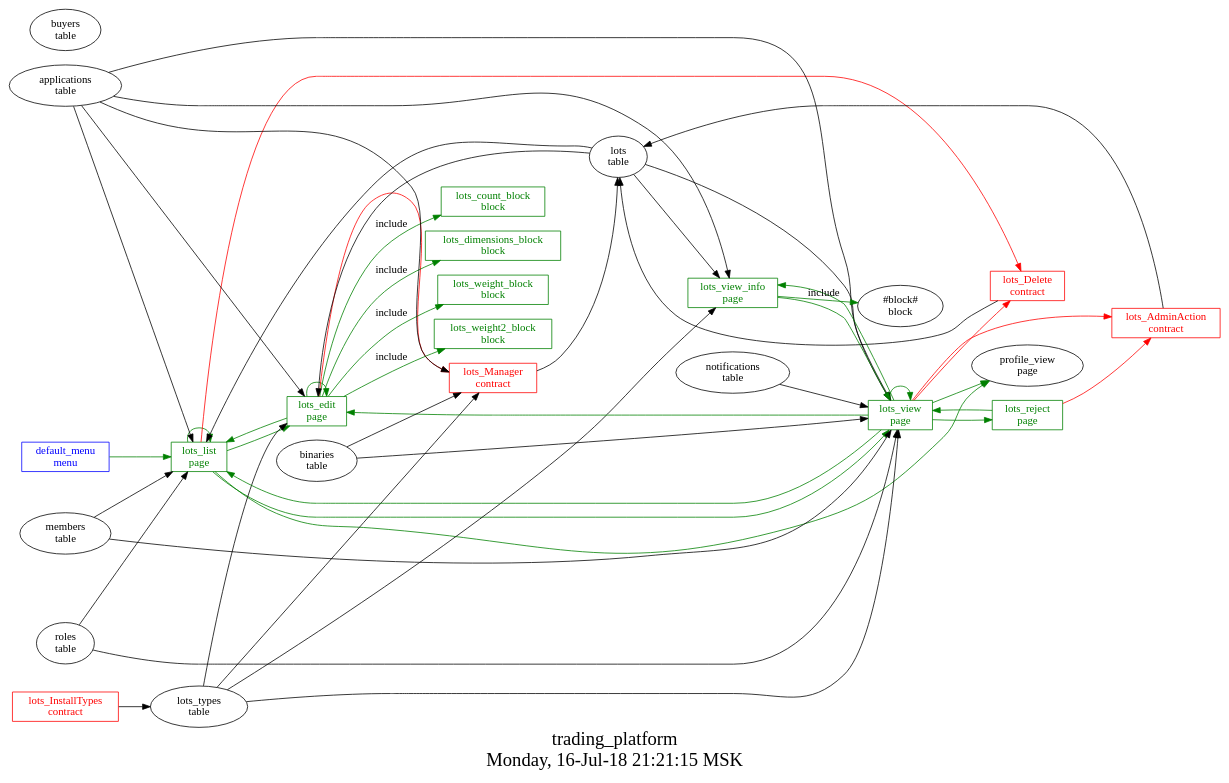
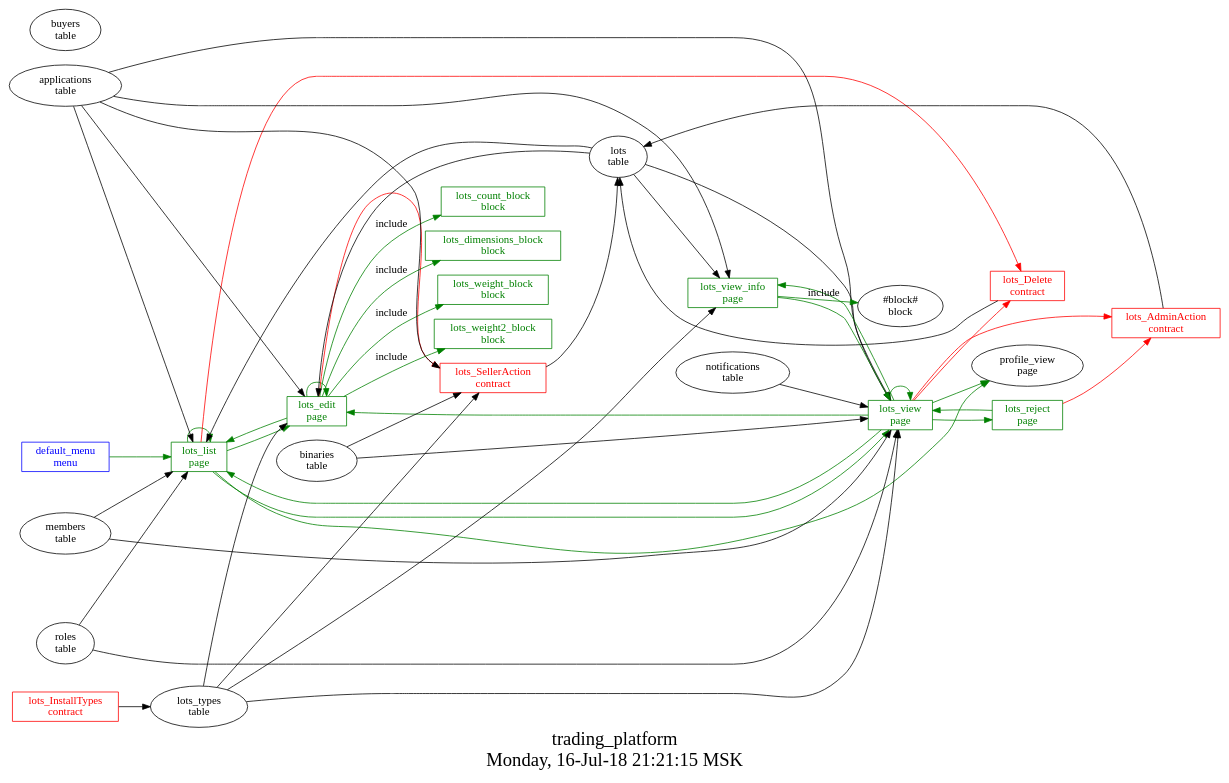
Before and after one commit to AplaProject/apps: the diagram in src/trading_platform/struct.dot, drawn with Graphviz. The commit also changed 10 other files, not shown here.

```diff
--- a/src/trading_platform/struct.dot
+++ b/src/trading_platform/struct.dot
@@ -1,76 +1,76 @@
 digraph G {
 graph [
   fontsize="24";
   label="trading_platform\nMonday, 16-Jul-18 21:21:15 MSK";
   nojustify=true;
   ordering=out;
   rankdir=LR;
   size="30";
 ];
 "default_menu\nmenu" -> "lots_list\npage"  [ color=green ]
 "default_menu\nmenu" [color=blue, fontcolor=blue, group=menus, shape=record];
-"lots_edit\npage" -> "lots_Manager\ncontract"  [ color=red ]
+"lots_edit\npage" -> "lots_SellerAction\ncontract"  [ color=red ]
 "applications\ntable" -> "lots_edit\npage"
 "lots\ntable" -> "lots_edit\npage"
 "lots_types\ntable" -> "lots_edit\npage"
 "lots_edit\npage" -> "lots_list\npage"  [ color=green ]
 "lots_edit\npage" -> "lots_edit\npage"  [ color=green ]
 "lots_edit\npage" -> "lots_count_block\nblock"  [ color=green, label=include ]
 "lots_edit\npage" -> "lots_dimensions_block\nblock"  [ color=green, label=include ]
 "lots_edit\npage" -> "lots_weight_block\nblock"  [ color=green, label=include ]
 "lots_edit\npage" -> "lots_weight2_block\nblock"  [ color=green, label=include ]
 "lots_edit\npage" [color=green, fontcolor=green, group=pages, shape=record];
 "lots_list\npage" -> "lots_Delete\ncontract"  [ color=red ]
 "applications\ntable" -> "lots_list\npage"
 "roles\ntable" -> "lots_list\npage"
 "lots\ntable" -> "lots_list\npage"
 "members\ntable" -> "lots_list\npage"
 "lots_list\npage" -> "lots_edit\npage"  [ color=green ]
 "lots_list\npage" -> "lots_list\npage"  [ color=green ]
 "lots_list\npage" -> "lots_view\npage"  [ color=green ]
 "lots_list\npage" -> "profile_view\npage"  [ color=green ]
 "lots_list\npage" [color=green, fontcolor=green, group=pages, shape=record];
 "lots_reject\npage" -> "lots_AdminAction\ncontract"  [ color=red ]
 "lots_reject\npage" -> "lots_view\npage"  [ color=green ]
 "lots_reject\npage" [color=green, fontcolor=green, group=pages, shape=record];
 "lots_view\npage" -> "lots_AdminAction\ncontract"  [ color=red ]
 "lots_view\npage" -> "lots_Delete\ncontract"  [ color=red ]
 "notifications\ntable" -> "lots_view\npage"
 "applications\ntable" -> "lots_view\npage"
 "lots\ntable" -> "lots_view\npage"
 "lots_types\ntable" -> "lots_view\npage"
 "roles\ntable" -> "lots_view\npage"
 "members\ntable" -> "lots_view\npage"
 "binaries\ntable" -> "lots_view\npage"
 "lots_view\npage" -> "profile_view\npage"  [ color=green ]
 "lots_view\npage" -> "lots_reject\npage"  [ color=green ]
 "lots_view\npage" -> "lots_view\npage"  [ color=green ]
 "lots_view\npage" -> "lots_view_info\npage"  [ color=green ]
 "lots_view\npage" -> "lots_list\npage"  [ color=green ]
 "lots_view\npage" -> "lots_edit\npage"  [ color=green ]
 "lots_view\npage" [color=green, fontcolor=green, group=pages, shape=record];
 "applications\ntable" -> "lots_view_info\npage"
 "lots\ntable" -> "lots_view_info\npage"
 "lots_types\ntable" -> "lots_view_info\npage"
 "lots_view_info\npage" -> "lots_view\npage"  [ color=green ]
 "lots_view_info\npage" -> "#block#\nblock"  [ color=green, label=include ]
 "lots_view_info\npage" [color=green, fontcolor=green, group=pages, shape=record];
 "lots_count_block\nblock" [color=green, fontcolor=green, group=blocks, shape=record];
 "lots_dimensions_block\nblock" [color=green, fontcolor=green, group=blocks, shape=record];
 "lots_weight2_block\nblock" [color=green, fontcolor=green, group=blocks, shape=record];
 "lots_weight_block\nblock" [color=green, fontcolor=green, group=blocks, shape=record];
 "lots_AdminAction\ncontract" -> "lots\ntable"  [ color="" ]
 "lots_AdminAction\ncontract" [color=red, fontcolor=red, group=contracts, shape=record];
 "lots_Delete\ncontract" -> "lots\ntable"  [ color="" ]
 "lots_Delete\ncontract" [color=red, fontcolor=red, group=contracts, shape=record];
 "lots_InstallTypes\ncontract" -> "lots_types\ntable"  [ color="" ]
 "lots_InstallTypes\ncontract" [color=red, fontcolor=red, group=contracts, shape=record];
-"lots_Manager\ncontract" -> "lots\ntable"  [ color="" ]
-"lots_types\ntable" -> "lots_Manager\ncontract"
-"applications\ntable" -> "lots_Manager\ncontract"
-"binaries\ntable" -> "lots_Manager\ncontract"
-"lots_Manager\ncontract" [color=red, fontcolor=red, group=contracts, shape=record];
+"lots_SellerAction\ncontract" -> "lots\ntable"  [ color="" ]
+"lots_types\ntable" -> "lots_SellerAction\ncontract"
+"applications\ntable" -> "lots_SellerAction\ncontract"
+"binaries\ntable" -> "lots_SellerAction\ncontract"
+"lots_SellerAction\ncontract" [color=red, fontcolor=red, group=contracts, shape=record];
 "buyers\ntable" [color="", fontcolor="", group=tables, shape=""];
 "lots\ntable" [color="", fontcolor="", group=tables, shape=""];
 "lots_types\ntable" [color="", fontcolor="", group=tables, shape=""];
 }
```
